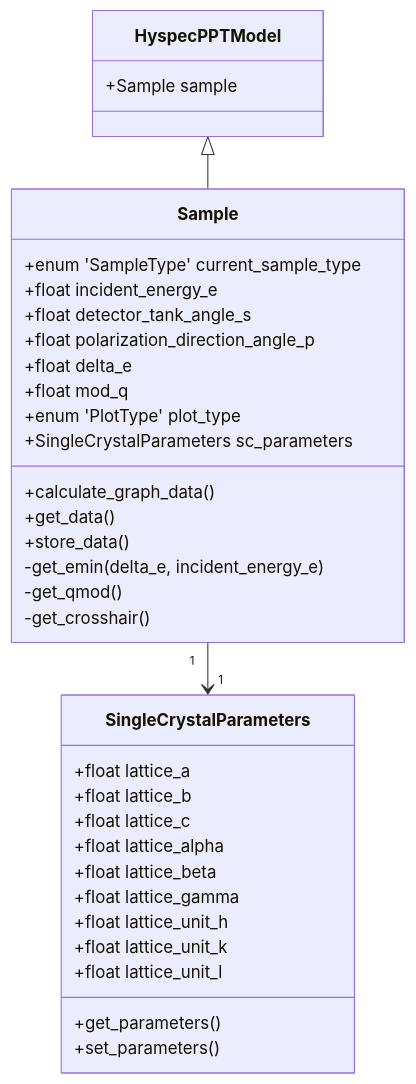
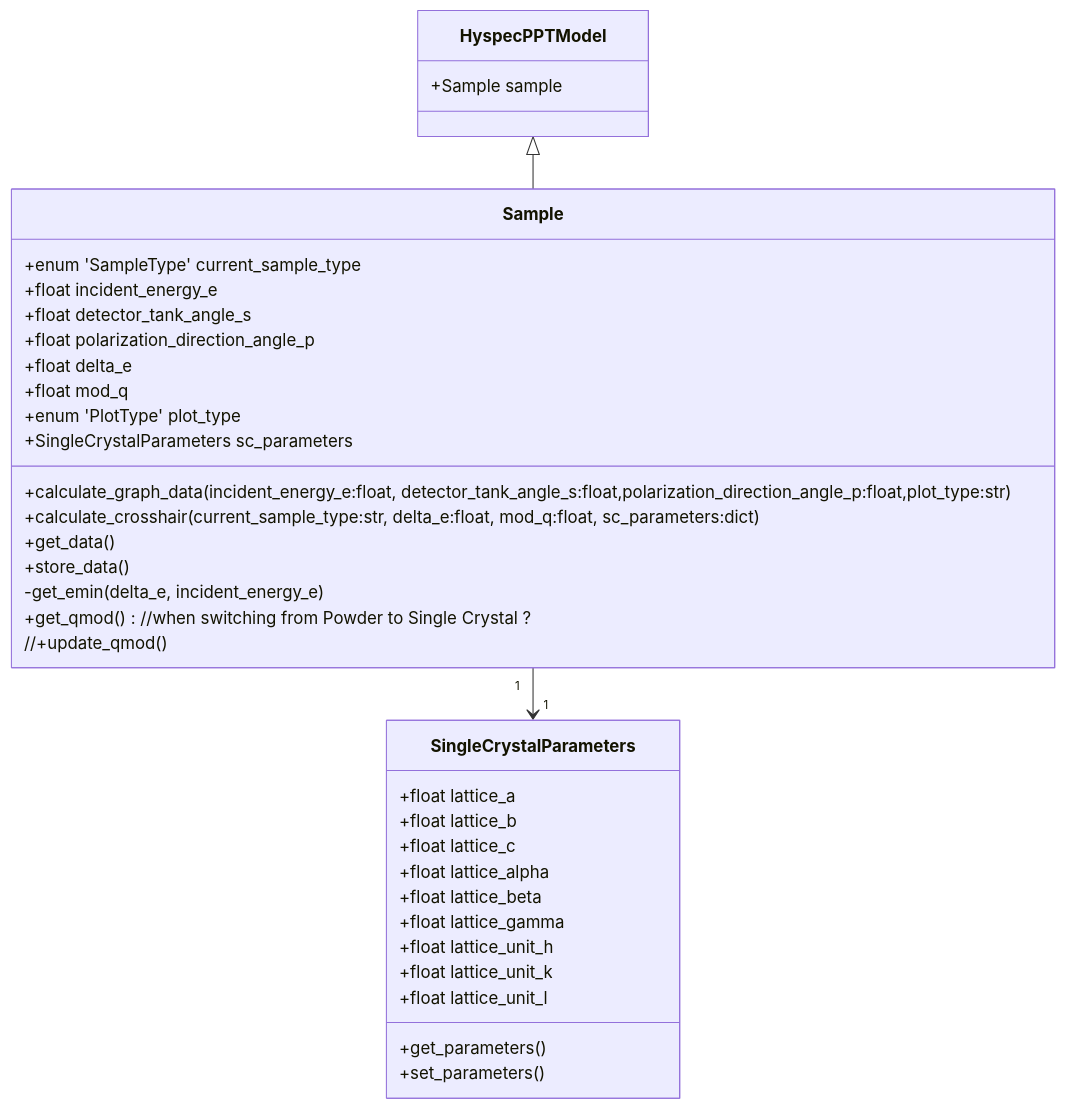
One commit to neutrons/hyspecppt changed the first of 8 diagrams in docs/source/design/hyspecpptclasses.rst. Above: the diagram before and after it, drawn with Mermaid. The commit also changed other lines of this file, not shown here.

```diff
--- a/docs/source/design/hyspecpptclasses.rst
+++ b/docs/source/design/hyspecpptclasses.rst
@@ -15,41 +15,42 @@
 .. mermaid::
 
  classDiagram
     HyspecPPTModel <|-- Sample
     Sample "1" -->"1" SingleCrystalParameters
 
 
     class HyspecPPTModel{
         +Sample sample
     }
 
     class Sample{
         +enum 'SampleType' current_sample_type
         +float incident_energy_e
         +float detector_tank_angle_s
         +float polarization_direction_angle_p
         +float delta_e
         +float mod_q
         +enum 'PlotType' plot_type
         +SingleCrystalParameters sc_parameters
-        +calculate_graph_data()
+        +calculate_graph_data(incident_energy_e:float, detector_tank_angle_s:float,polarization_direction_angle_p:float,plot_type:str)
+        +calculate_crosshair(current_sample_type:str, delta_e:float, mod_q:float, sc_parameters:dict)
         +get_data()
         +store_data()
         -get_emin(delta_e, incident_energy_e)
-        -get_qmod()
-        -get_crosshair()
+        +get_qmod() //when switching from Powder to Single Crystal ?
+        //+update_qmod()
     }
 
     class SingleCrystalParameters{
         +float lattice_a
         +float lattice_b
         +float lattice_c
         +float lattice_alpha
         +float lattice_beta
         +float lattice_gamma
         +float lattice_unit_h
         +float lattice_unit_k
         +float lattice_unit_l
         +get_parameters()
         +set_parameters()
     }
```
